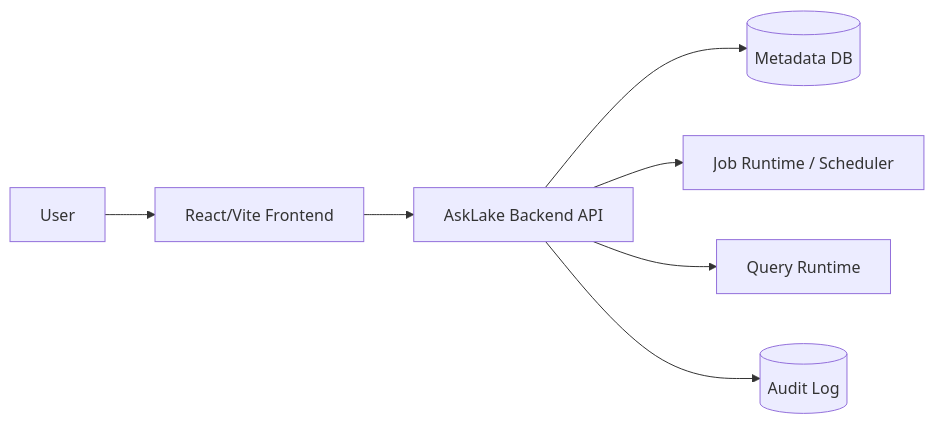
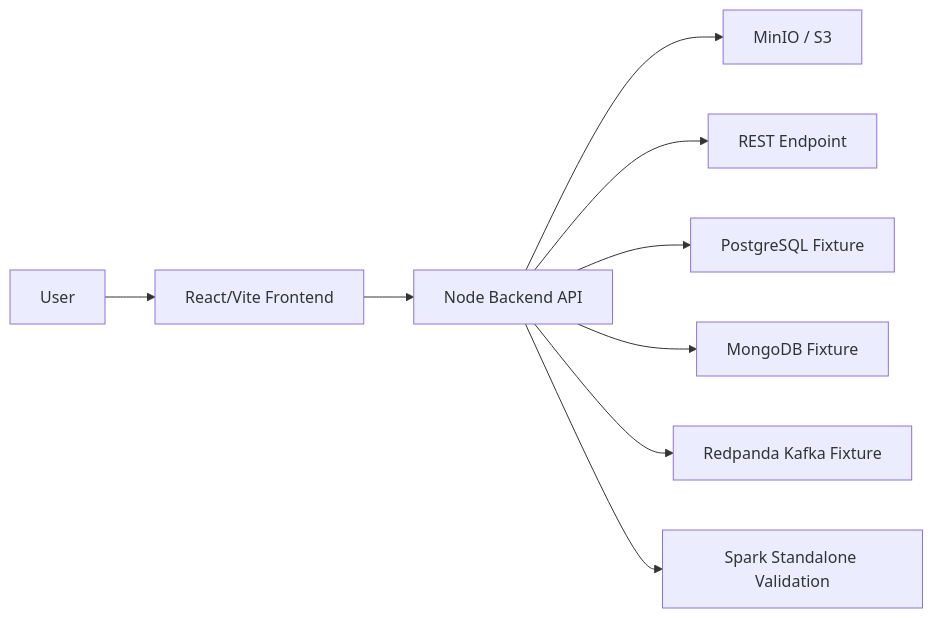
One commit to JUNGLE-TEAM1/AskLake changed the diagram in docs/02-architecture.md. Above: the diagram before and after it, drawn with Mermaid. The commit also changed other lines of this file and 44 other files, not shown here.

````diff
--- a/docs/02-architecture.md
+++ b/docs/02-architecture.md
@@ -41,9 +35,11 @@
 ```mermaid
 flowchart LR
-    U[User] --> FE[React/Vite Frontend]
-    FE --> API[AskLake Backend API]
-    API --> DB[(Metadata DB)]
-    API --> JOB[Job Runtime / Scheduler]
-    API --> SQL[Query Runtime]
-    API --> AUDIT[(Audit Log)]
+    User["User"] --> FE["React/Vite Frontend"]
+    FE --> API["Node Backend API"]
+    API --> S3["MinIO / S3"]
+    API --> REST["REST Endpoint"]
+    API --> PG["PostgreSQL Fixture"]
+    API --> MONGO["MongoDB Fixture"]
+    API --> KAFKA["Redpanda Kafka Fixture"]
+    API --> SPARK["Spark Standalone Validation"]
 ```
````
